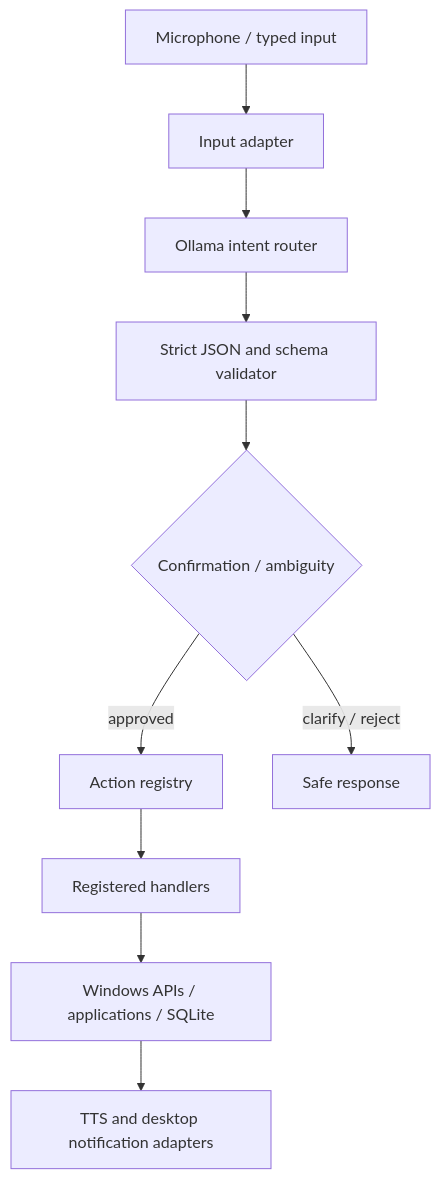
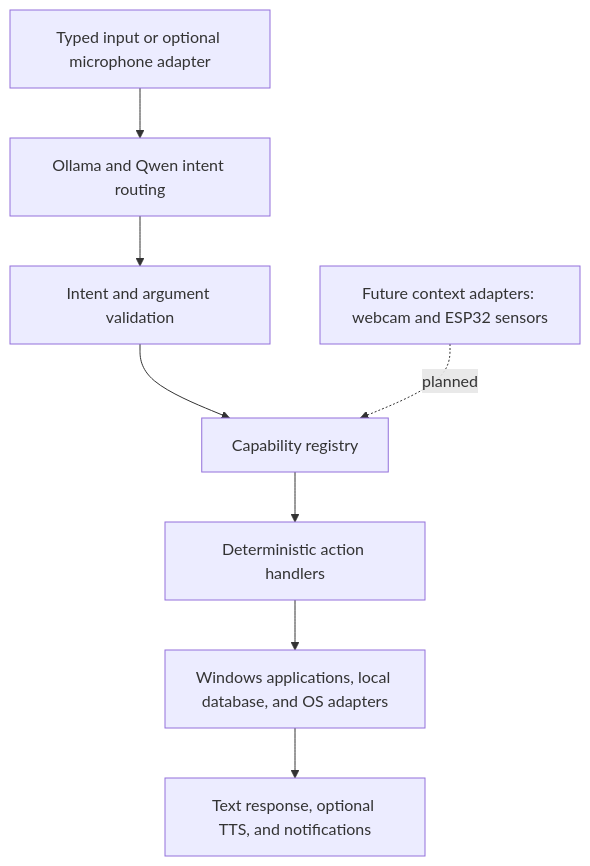
Before and after one commit to shreyash-chauhan/A.U.R.A.: the diagram in README.md, drawn with Mermaid. The commit also changed other lines of this file, not shown here.

````diff
--- a/README.md
+++ b/README.md
@@ -7,12 +26,10 @@
 ```mermaid
 flowchart TD
-  M[Microphone / typed input] --> S[Input adapter]
-  S --> R[Ollama intent router]
-  R --> V[Strict JSON and schema validator]
-  V --> C{Confirmation / ambiguity}
-  C -->|approved| D[Action registry]
-  C -->|clarify / reject| F[Safe response]
-  D --> H[Registered handlers]
-  H --> OS[Windows APIs / applications / SQLite]
-  OS --> T[TTS and desktop notification adapters]
+  I[Typed input or optional microphone adapter] --> N[Ollama and Qwen intent routing]
+  N --> V[Intent and argument validation]
+  V --> R[Capability registry]
+  R --> A[Deterministic action handlers]
+  A --> O[Windows applications, local database, and OS adapters]
+  O --> S[Text response, optional TTS, and notifications]
+  C[Future context adapters: webcam and ESP32 sensors] -. planned .-> R
 ```
````
